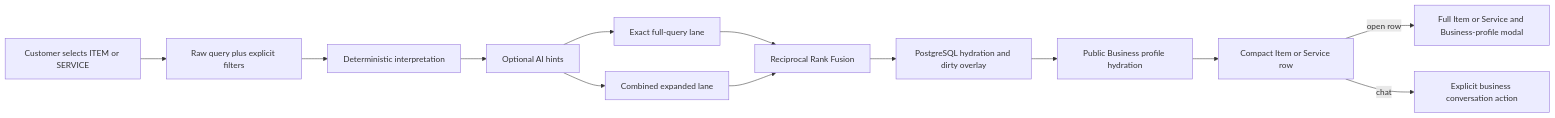
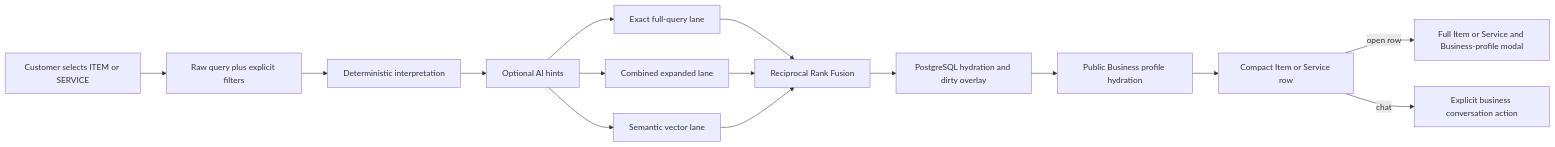
The second of 2 diagrams in AI_Knowledge/features/search/flow.md (Siirio/AskBackend), drawn with Mermaid before and after one commit. The commit also changed other lines of this file and 77 other files, not shown here.

````diff
--- a/AI_Knowledge/features/search/flow.md
+++ b/AI_Knowledge/features/search/flow.md
@@ -20,15 +20,17 @@
 ```mermaid
 flowchart LR
     U[Customer selects ITEM or SERVICE] --> Q[Raw query plus explicit filters]
     Q --> D[Deterministic interpretation]
     D --> A[Optional AI hints]
     A --> E[Exact full-query lane]
     A --> X[Combined expanded lane]
+    A --> S[Semantic vector lane]
     E --> R[Reciprocal Rank Fusion]
     X --> R
+    S --> R
     R --> H[PostgreSQL hydration and dirty overlay]
     H --> B[Public Business profile hydration]
     B --> C[Compact Item or Service row]
     C -->|open row| M[Full Item or Service and Business-profile modal]
     C -->|chat| T[Explicit business conversation action]
 ```
````
